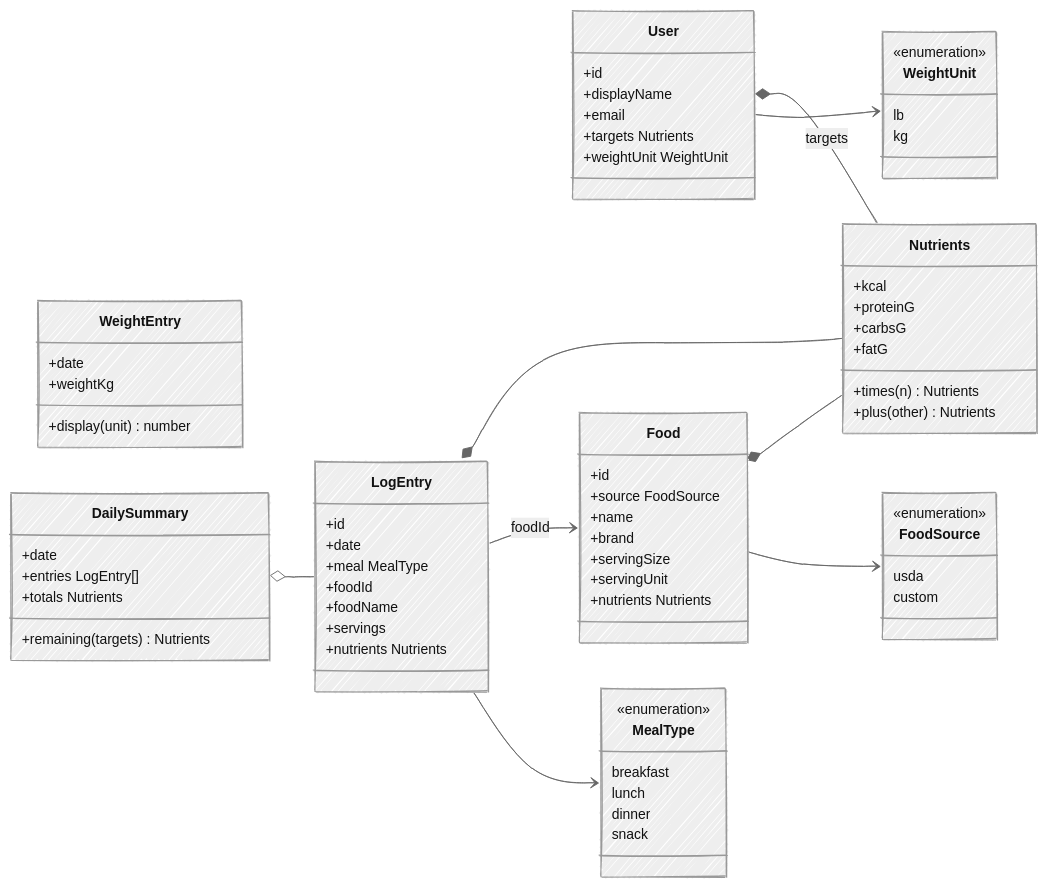
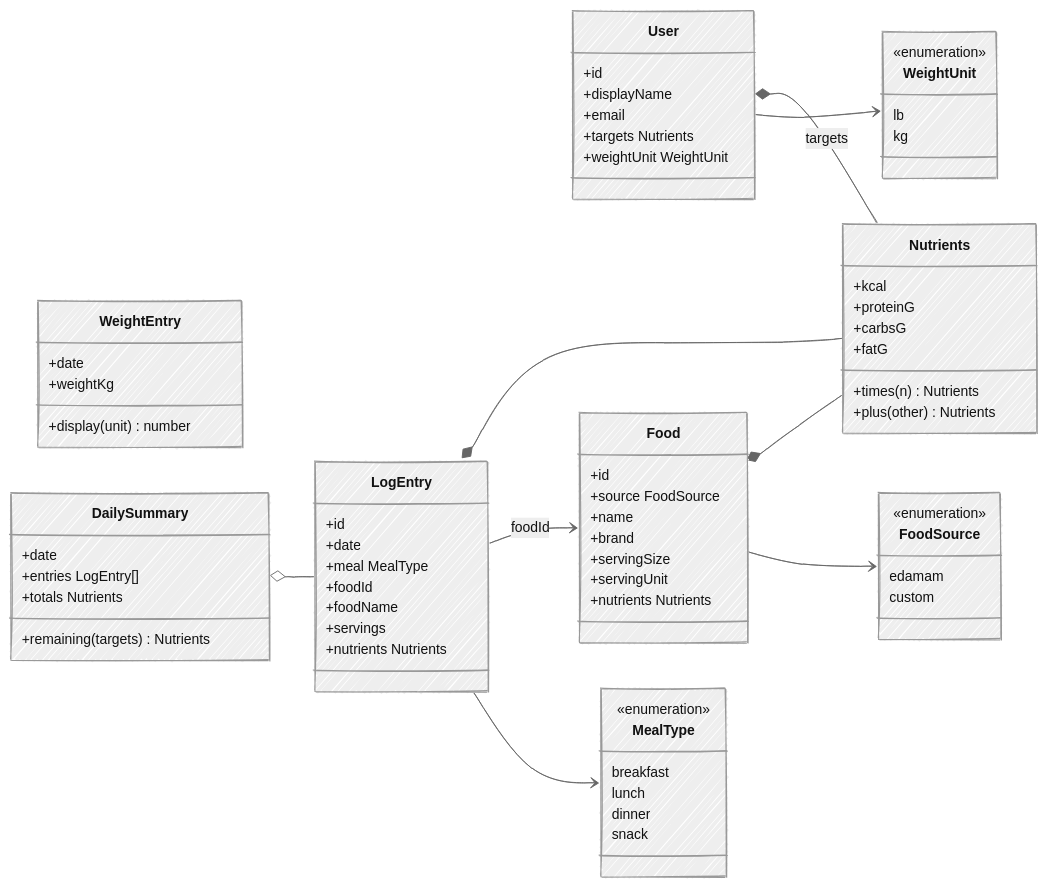
One commit to ai-rayven/wellness-ai changed the third of 4 diagrams in docs/mvp.md. Above: the diagram before and after it, drawn with Mermaid. The commit also changed other lines of this file, not shown here.

First line of the commit message:
Switch food search from USDA to Edamam Basic

````diff
--- a/docs/mvp.md
+++ b/docs/mvp.md
@@ -136,80 +137,80 @@
 ```mermaid
 ---
 config:
   look: handDrawn
   theme: neutral
 ---
 classDiagram
     direction LR
 
     class User {
         +id
         +displayName
         +email
         +targets Nutrients
         +weightUnit WeightUnit
     }
     class Food {
         +id
         +source FoodSource
         +name
         +brand
         +servingSize
         +servingUnit
         +nutrients Nutrients
     }
     class LogEntry {
         +id
         +date
         +meal MealType
         +foodId
         +foodName
         +servings
         +nutrients Nutrients
     }
     class WeightEntry {
         +date
         +weightKg
         +display(unit) number
     }
     class DailySummary {
         +date
         +entries LogEntry[]
         +totals Nutrients
         +remaining(targets) Nutrients
     }
     class Nutrients {
         +kcal
         +proteinG
         +carbsG
         +fatG
         +times(n) Nutrients
         +plus(other) Nutrients
     }
     class MealType {
         <<enumeration>>
         breakfast
         lunch
         dinner
         snack
     }
     class FoodSource {
         <<enumeration>>
-        usda
+        edamam
         custom
     }
     class WeightUnit {
         <<enumeration>>
         lb
         kg
     }
 
     User *-- Nutrients : targets
     Food *-- Nutrients
     LogEntry *-- Nutrients
     LogEntry --> Food : foodId
     LogEntry --> MealType
     Food --> FoodSource
     User --> WeightUnit
     DailySummary o-- LogEntry
 ```
````
